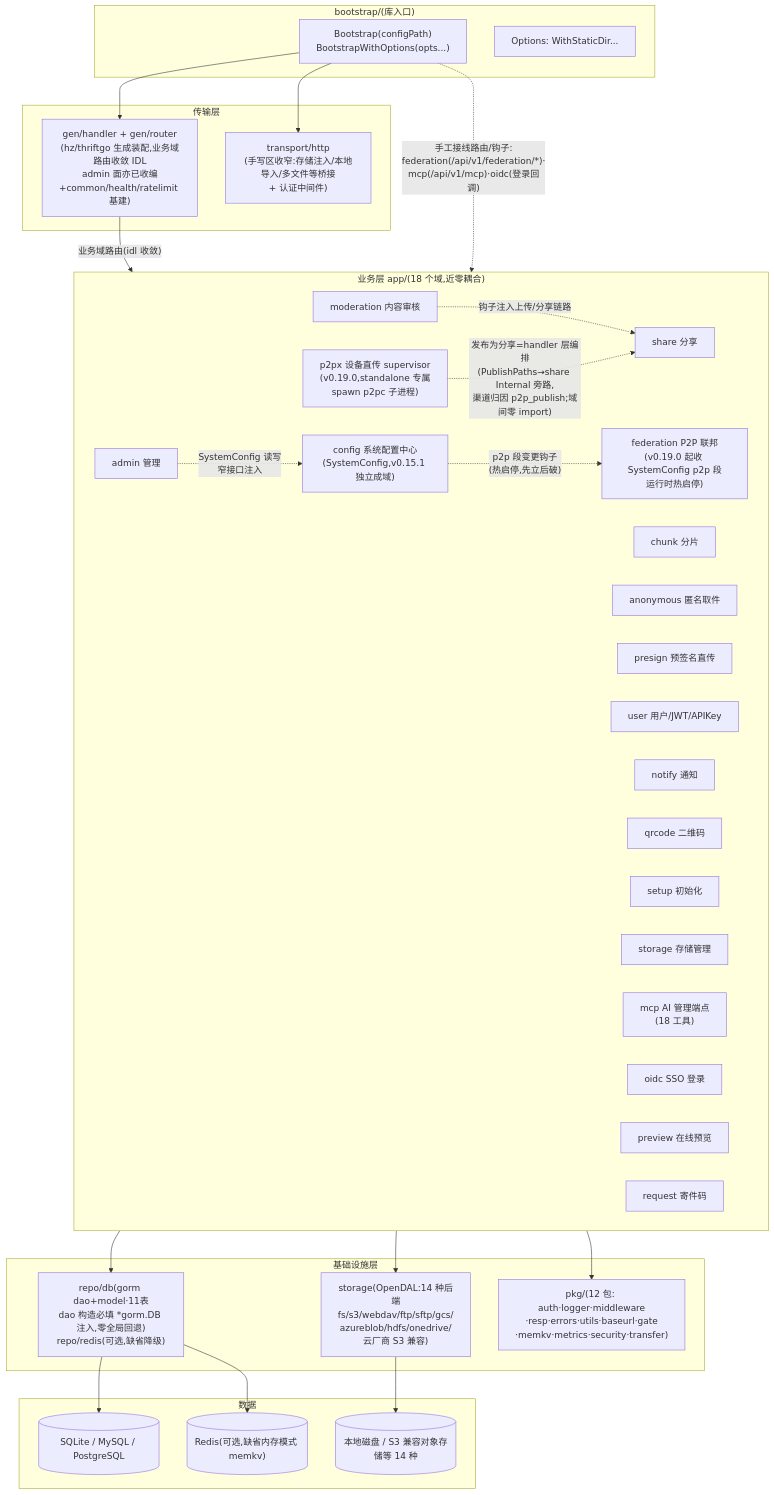
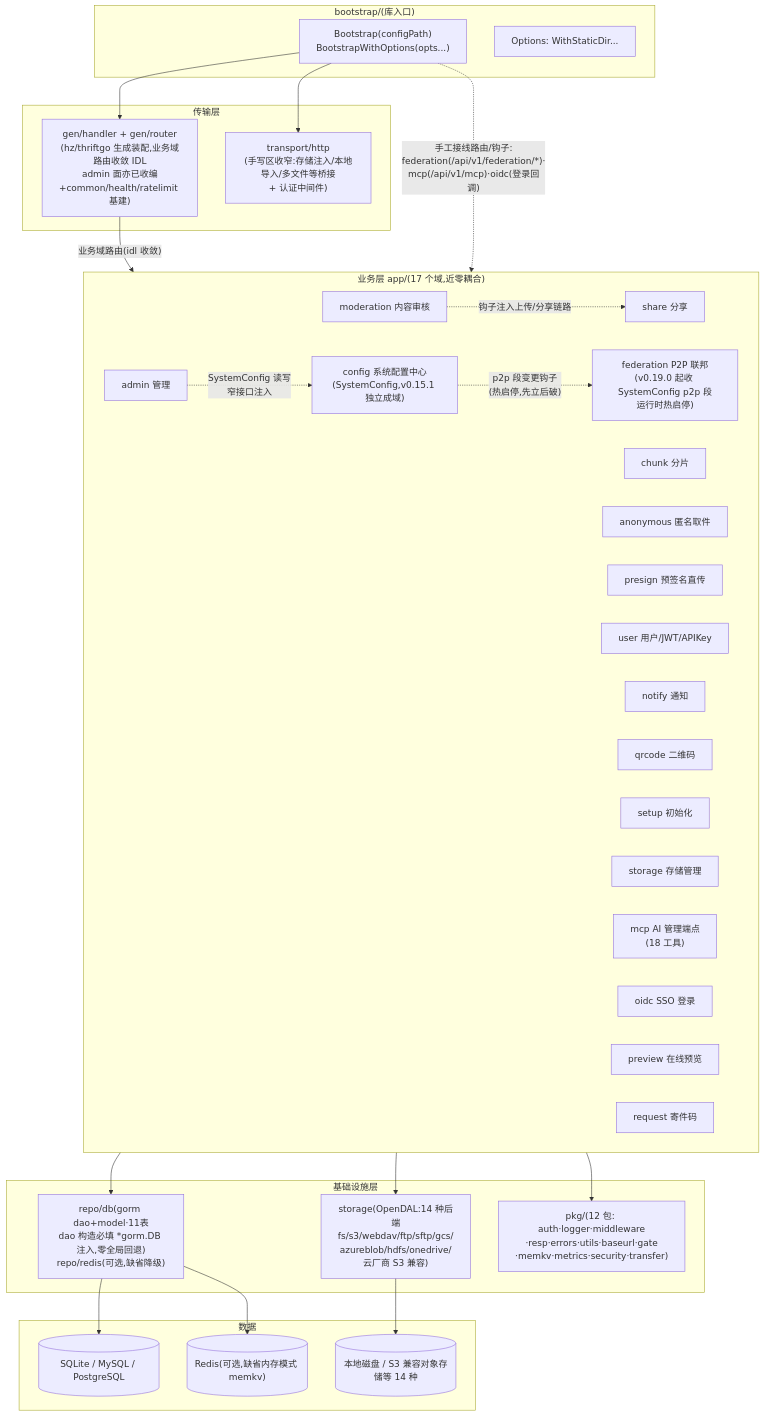
The third of 10 diagrams in docs/architecture.md (pigeonbox/pigeonbox), drawn with Mermaid before and after one commit. The commit also changed other lines of this file, not shown here.

First line of the commit message:
docs(arch): 架构全景图口径对齐 Wave B'（直传退役，Box 只留联邦面）

````diff
--- a/docs/architecture.md
+++ b/docs/architecture.md
@@ -129,56 +129,54 @@
 ```mermaid
 graph TB
     subgraph BOOT["bootstrap/(库入口)"]
         BS["Bootstrap(configPath)<br/>BootstrapWithOptions(opts...)"]
         OPT["Options: WithStaticDir..."]
     end
 
     subgraph TRANSPORT["传输层"]
         GENH["gen/handler + gen/router<br/>(hz/thriftgo 生成装配,业务域路由收敛 IDL<br/>admin 面亦已收编+common/health/ratelimit 基建)"]
         HAND["transport/http<br/>(手写区收窄:存储注入/本地导入/多文件等桥接<br/>+ 认证中间件)"]
     end
 
-    subgraph APP["业务层 app/(18 个域,近零耦合)"]
+    subgraph APP["业务层 app/(17 个域,近零耦合)"]
         SHARE["share 分享"]
         CHUNK["chunk 分片"]
         ANON["anonymous 匿名取件"]
         PRESIGN["presign 预签名直传"]
         ADMIN["admin 管理"]
         CONFIG["config 系统配置中心<br/>(SystemConfig,v0.15.1 独立成域)"]
         USER["user 用户/JWT/APIKey"]
         NOTIFY["notify 通知"]
         QRCODE["qrcode 二维码"]
         SETUP["setup 初始化"]
         STORAGESVC["storage 存储管理"]
         FED["federation P2P 联邦<br/>(v0.19.0 起收 SystemConfig p2p 段<br/>运行时热启停)"]
-        P2PX["p2px 设备直传 supervisor<br/>(v0.19.0,standalone 专属<br/>spawn p2pc 子进程)"]
         MCP["mcp AI 管理端点<br/>(18 工具)"]
         MOD["moderation 内容审核"]
         OIDC["oidc SSO 登录"]
         PREVIEWDOM["preview 在线预览"]
         REQUEST["request 寄件码"]
     end
 
     subgraph INFRA["基础设施层"]
         REPO["repo/db(gorm dao+model·11表<br/>dao 构造必填 *gorm.DB 注入,零全局回退)<br/>repo/redis(可选,缺省降级)"]
         STOR["storage(OpenDAL:14 种后端<br/>fs/s3/webdav/ftp/sftp/gcs/<br/>azureblob/hdfs/onedrive/云厂商 S3 兼容)"]
         PKG["pkg/(12 包: auth·logger·middleware<br/>·resp·errors·utils·baseurl·gate<br/>·memkv·metrics·security·transfer)"]
     end
 
     subgraph DATA["数据"]
         DB[("SQLite / MySQL / PostgreSQL")]
         REDIS[("Redis(可选,缺省内存模式 memkv)")]
         OSS[("本地磁盘 / S3 兼容对象存储等 14 种")]
     end
 
     BS --> GENH & HAND
     GENH -->|"业务域路由(idl 收敛)"| APP
     BS -.->|"手工接线路由/钩子:<br/>federation(/api/v1/federation/*)·<br/>mcp(/api/v1/mcp)·oidc(登录回调)"| APP
     MOD -.->|"钩子注入上传/分享链路"| SHARE
     ADMIN -.->|"SystemConfig 读写<br/>窄接口注入"| CONFIG
     CONFIG -.->|"p2p 段变更钩子<br/>(热启停,先立后破)"| FED
-    P2PX -.->|"发布为分享=handler 层编排<br/>(PublishPaths→share Internal 旁路,<br/>渠道归因 p2p_publish;域间零 import)"| SHARE
     APP --> REPO & STOR & PKG
     REPO --> DB & REDIS
     STOR --> OSS
 ```
````
